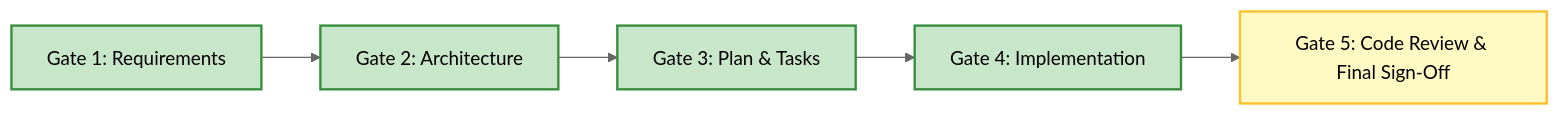
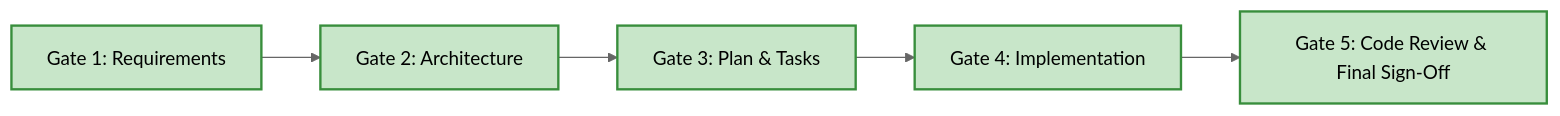
One commit to abrahamck/fleet_solution changed the diagram in docs/features/FEATURE-002-vehicle-person-assignment/status.md. Above: the diagram before and after it, drawn with Mermaid (neutral theme). The commit also changed other lines of this file, not shown here.

````diff
--- a/docs/features/FEATURE-002-vehicle-person-assignment/status.md
+++ b/docs/features/FEATURE-002-vehicle-person-assignment/status.md
@@ -17,13 +17,13 @@
 ```mermaid
 flowchart LR
     G1[Gate 1: Requirements] --> G2[Gate 2: Architecture]
     G2 --> G3[Gate 3: Plan & Tasks]
     G3 --> G4[Gate 4: Implementation]
     G4 --> G5[Gate 5: Code Review & Final Sign-Off]
 
     style G1 fill:#c8e6c9,stroke:#388e3c,stroke-width:2px
     style G2 fill:#c8e6c9,stroke:#388e3c,stroke-width:2px
     style G3 fill:#c8e6c9,stroke:#388e3c,stroke-width:2px
     style G4 fill:#c8e6c9,stroke:#388e3c,stroke-width:2px
-    style G5 fill:#fff9c4,stroke:#fbc02d,stroke-width:2px
+    style G5 fill:#c8e6c9,stroke:#388e3c,stroke-width:2px
 ```
````
